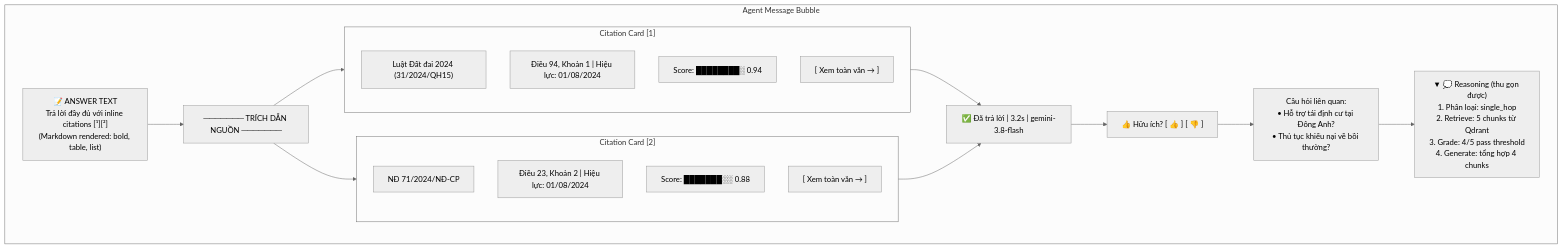
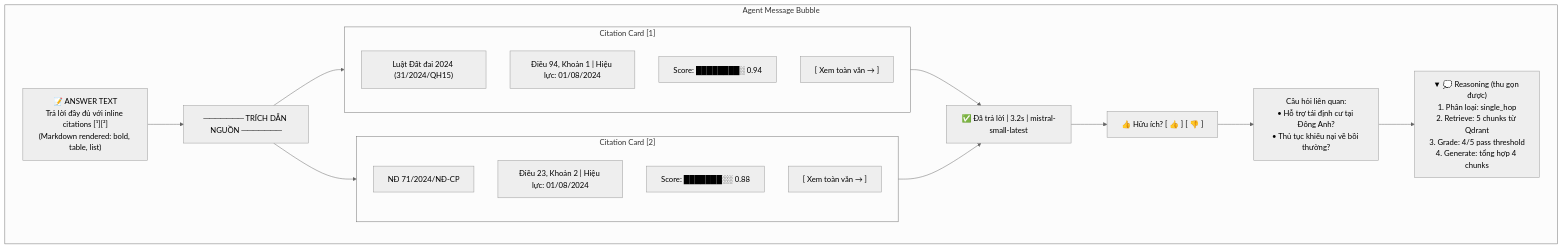
One commit to dovh25/agentic-rag-legal-qa-hanoi changed the tenth of 16 diagrams in docs/Wireframe_UI_Flow.md. Above: the diagram before and after it, drawn with Mermaid (neutral theme). The commit also changed 11 other files, not shown here.

````diff
--- a/docs/Wireframe_UI_Flow.md
+++ b/docs/Wireframe_UI_Flow.md
@@ -239,25 +239,25 @@
 ```mermaid
 graph TB
     subgraph AGENT_MSG["Agent Message Bubble"]
         ANSWER_TEXT["📝 ANSWER TEXT\nTrả lời đầy đủ với inline citations [¹][²]\n(Markdown rendered: bold, table, list)"]
         DIVIDER["─────── TRÍCH DẪN NGUỒN ───────"]
         subgraph CIT1["Citation Card [1]"]
             C1H["Luật Đất đai 2024 (31/2024/QH15)"]
             C1D["Điều 94, Khoản 1 | Hiệu lực: 01/08/2024"]
             C1S["Score: ████████░ 0.94"]
             C1L["[ Xem toàn văn → ]"]
         end
         subgraph CIT2["Citation Card [2]"]
             C2H["NĐ 71/2024/NĐ-CP"]
             C2D["Điều 23, Khoản 2 | Hiệu lực: 01/08/2024"]
             C2S["Score: ███████░░ 0.88"]
             C2L["[ Xem toàn văn → ]"]
         end
-        STATUS["✅ Đã trả lời | 3.2s | gemini-3.8-flash"]
+        STATUS["✅ Đã trả lời | 3.2s | mistral-small-latest"]
         FEEDBACK["👍 Hữu ích? [ 👍 ] [ 👎 ]"]
         RELATED["Câu hỏi liên quan:\n• Hỗ trợ tái định cư tại Đông Anh?\n• Thủ tục khiếu nại về bồi thường?"]
         REASONING["▼ 💭 Reasoning (thu gọn được)\n1. Phân loại: single_hop\n2. Retrieve: 5 chunks từ Qdrant\n3. Grade: 4/5 pass threshold\n4. Generate: tổng hợp 4 chunks"]
     end
 
     ANSWER_TEXT --> DIVIDER --> CIT1 & CIT2 --> STATUS --> FEEDBACK --> RELATED --> REASONING
 ```
````
